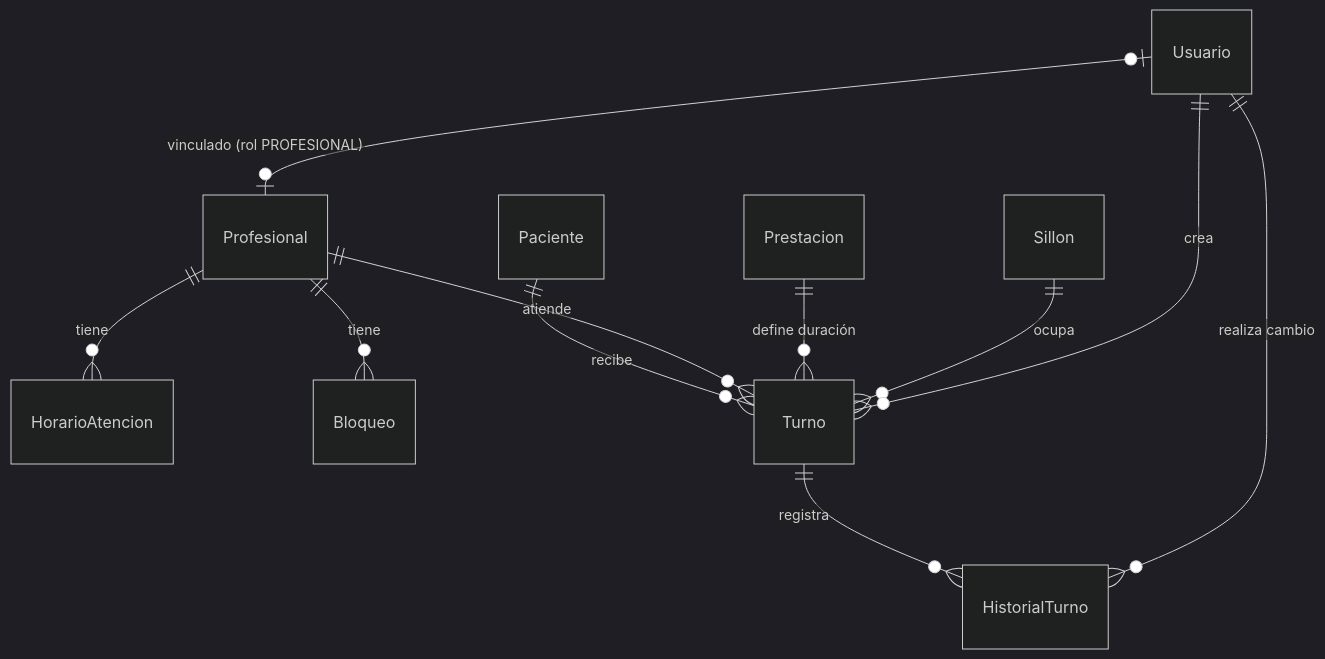
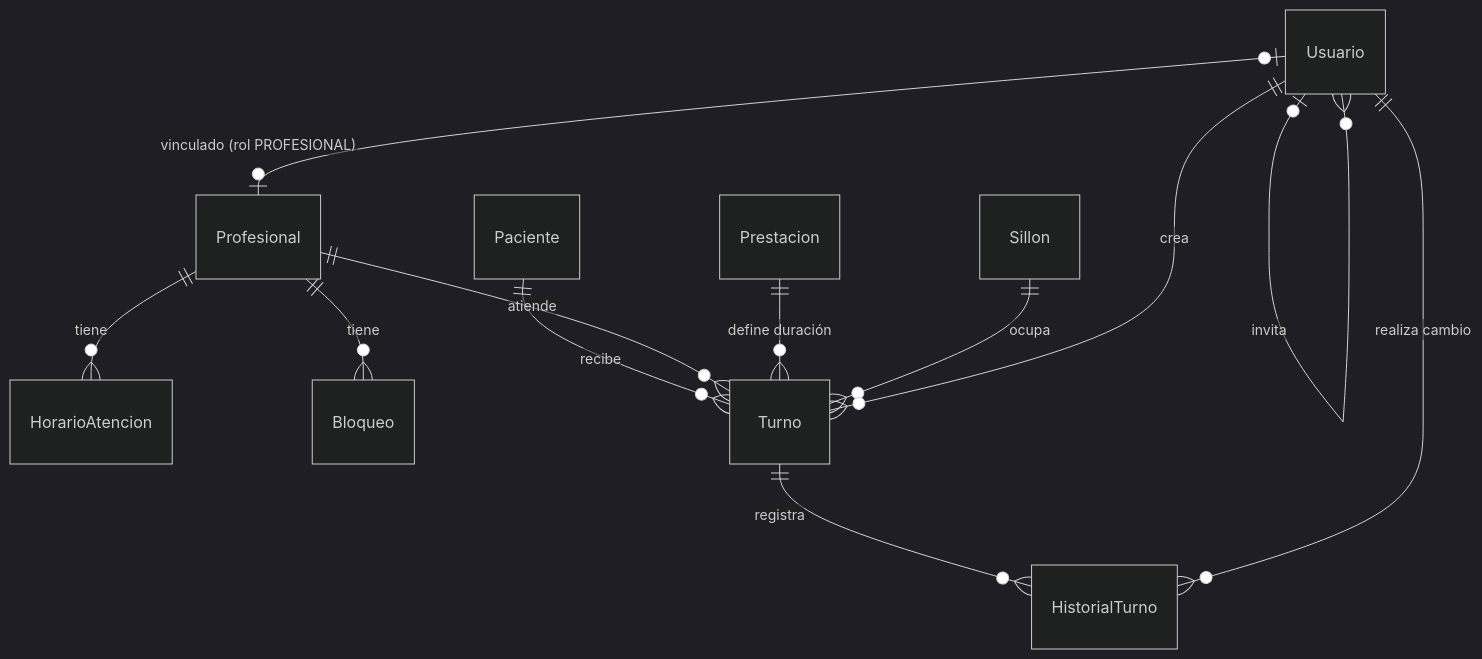
The diagram in knowledge-base/04_modelo_de_datos.md (franciscode11/turnos-odontologia), drawn with Mermaid (dark theme) before and after one commit. The commit also changed other lines of this file and 43 other files, not shown here.

````diff
--- a/knowledge-base/04_modelo_de_datos.md
+++ b/knowledge-base/04_modelo_de_datos.md
@@ -17,13 +17,14 @@
 ```mermaid
 erDiagram
     Usuario |o--o| Profesional : "vinculado (rol PROFESIONAL)"
     Profesional ||--o{ HorarioAtencion : tiene
     Profesional ||--o{ Bloqueo : tiene
     Paciente ||--o{ Turno : recibe
     Profesional ||--o{ Turno : atiende
     Prestacion ||--o{ Turno : "define duración"
     Sillon ||--o{ Turno : ocupa
     Turno ||--o{ HistorialTurno : registra
     Usuario ||--o{ HistorialTurno : "realiza cambio"
     Usuario ||--o{ Turno : crea
+    Usuario |o--o{ Usuario : invita
 ```
````
